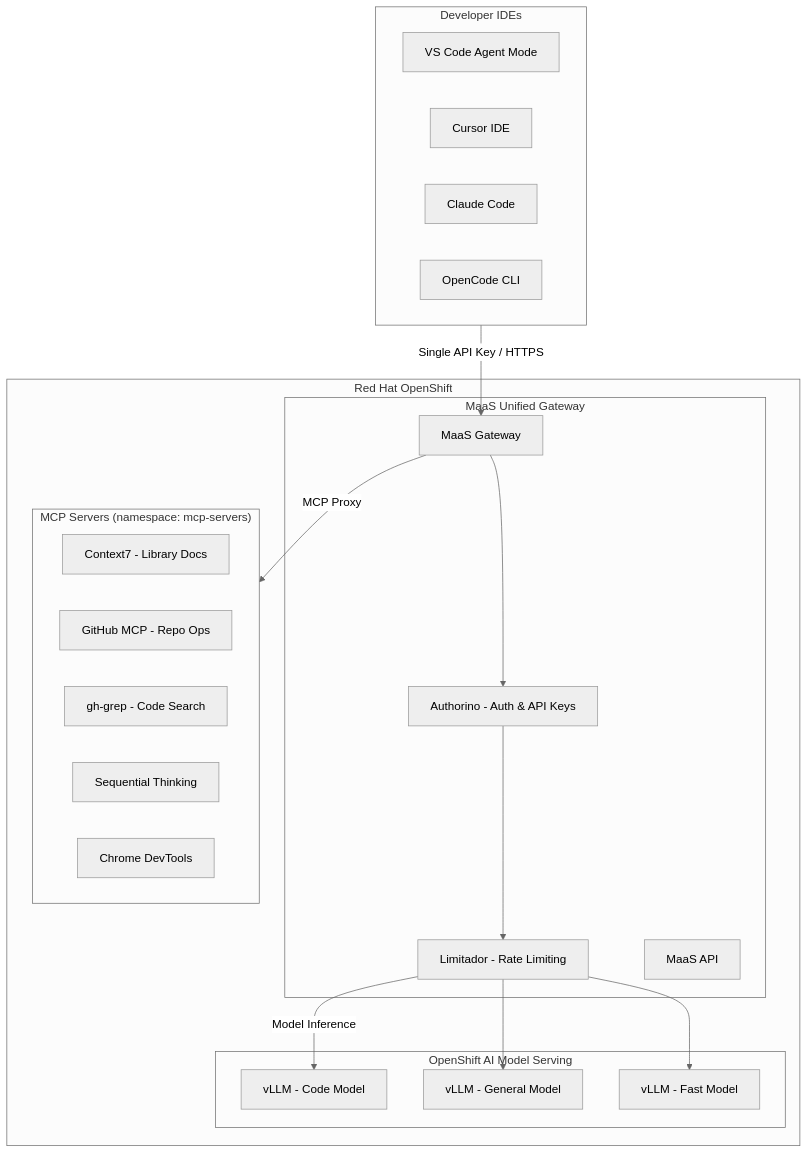
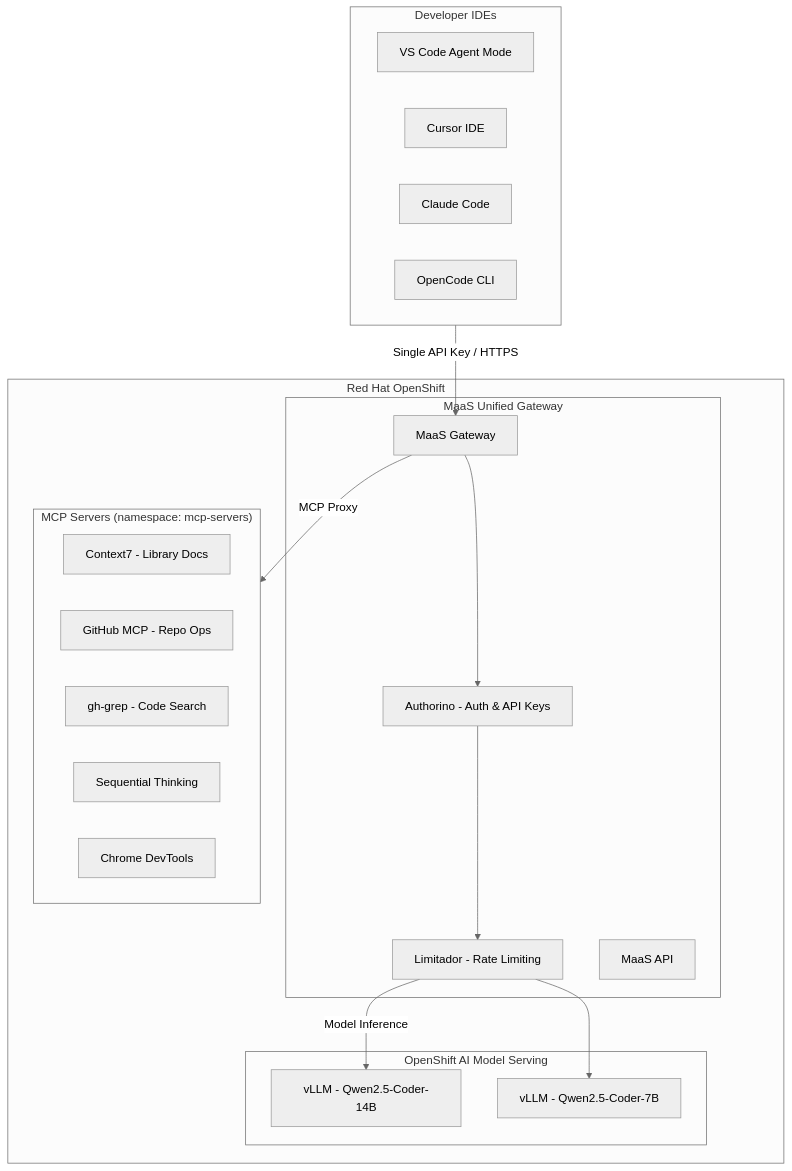
Before and after one commit to hyogrin/rhoai-coding-assistant-lab: the first of 2 diagrams in README.md, drawn with Mermaid (neutral theme). The commit also changed other lines of this file and 6 other files, not shown here.

````diff
--- a/README.md
+++ b/README.md
@@ -7,40 +7,38 @@
 ```mermaid
 flowchart TB
     subgraph IDE["Developer IDEs"]
         VSCode[VS Code Agent Mode]
         Cursor[Cursor IDE]
         ClaudeCode[Claude Code]
         OpenCode[OpenCode CLI]
     end
 
     subgraph OCP["Red Hat OpenShift"]
         subgraph MaaS["MaaS Unified Gateway"]
             Gateway[MaaS Gateway]
             Auth[Authorino - Auth & API Keys]
             RateLimit[Limitador - Rate Limiting]
             MaaSAPI[MaaS API]
         end
 
         subgraph MCP["MCP Servers (namespace: mcp-servers)"]
             Context7[Context7 - Library Docs]
             GitHub[GitHub MCP - Repo Ops]
             GHGrep[gh-grep - Code Search]
             SeqThink[Sequential Thinking]
             Chrome[Chrome DevTools]
         end
 
         subgraph RHOAI["OpenShift AI Model Serving"]
-            vLLM1[vLLM - Code Model]
-            vLLM2[vLLM - General Model]
-            vLLM3[vLLM - Fast Model]
+            vLLM1[vLLM - Qwen2.5-Coder-14B]
+            vLLM2[vLLM - Qwen2.5-Coder-7B]
         end
     end
 
     IDE -->|Single API Key / HTTPS| Gateway
     Gateway --> Auth
     Auth --> RateLimit
     RateLimit -->|Model Inference| vLLM1
     RateLimit --> vLLM2
-    RateLimit --> vLLM3
     Gateway -->|MCP Proxy| MCP
 ```
````
